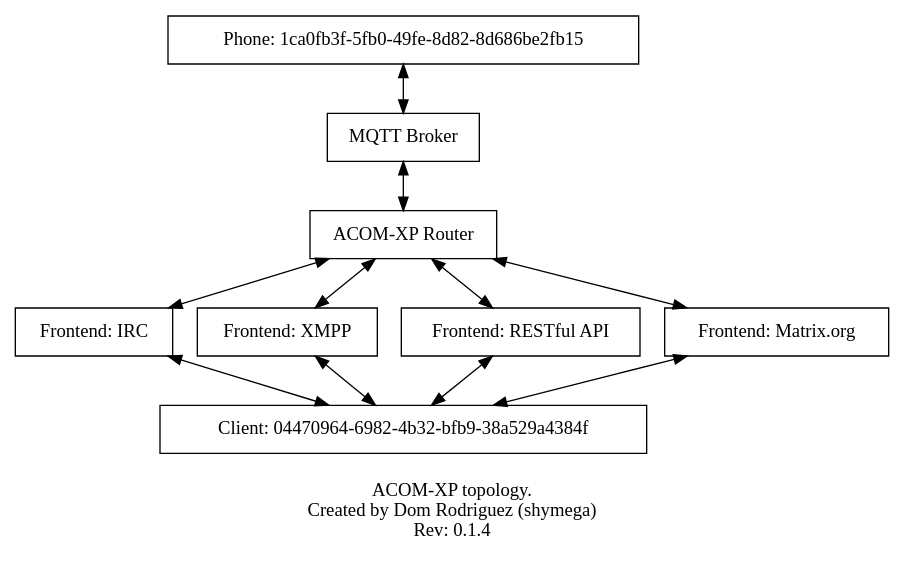
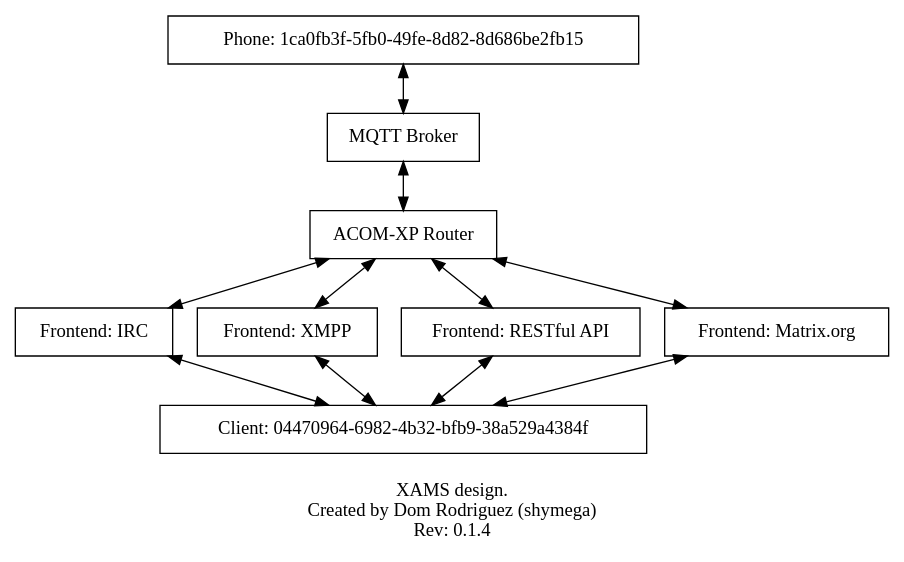
Before and after one commit to XAMS-Project/XAMS: the diagram in diagrams/router.dot, drawn with Graphviz. The commit also changed 3 other files, not shown here.

```diff
--- a/diagrams/router.dot
+++ b/diagrams/router.dot
@@ -1,23 +1,23 @@
 digraph Router {
     node [shape=record];
     
     phone0 [label="Phone: 1ca0fb3f-5fb0-49fe-8d82-8d686be2fb15"];
 
     broker [label="MQTT Broker"];
     router [label="ACOM-XP Router"];
 
     frt_irc [label="Frontend: IRC"];
     frt_xmpp [label="Frontend: XMPP"];
     frt_rest [label="Frontend: RESTful API"];
     frt_matrix [label="Frontend: Matrix.org"];
 
     phone0 -> broker -> router [dir="both"];
 
     router -> {frt_irc,frt_xmpp,frt_rest,frt_matrix} [dir="both"];
 
     client0 [label="Client: 04470964-6982-4b32-bfb9-38a529a4384f"];
 
     {frt_irc,frt_xmpp,frt_rest,frt_matrix} -> client0 [dir="both"];
 
-    label = "\nACOM-XP topology.\nCreated by Dom Rodriguez (shymega)\nRev: 0.1.4"
+    label = "\nXAMS design.\nCreated by Dom Rodriguez (shymega)\nRev: 0.1.4"
 }
```
